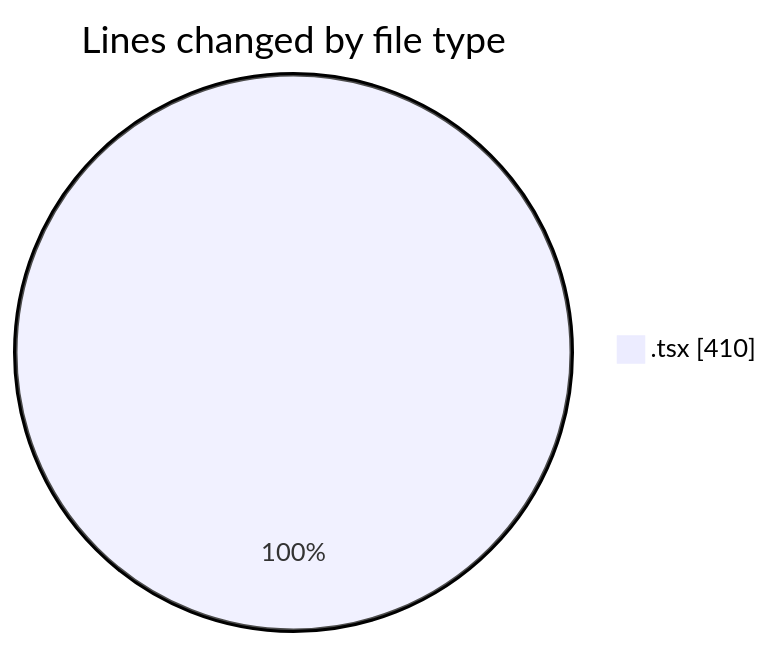
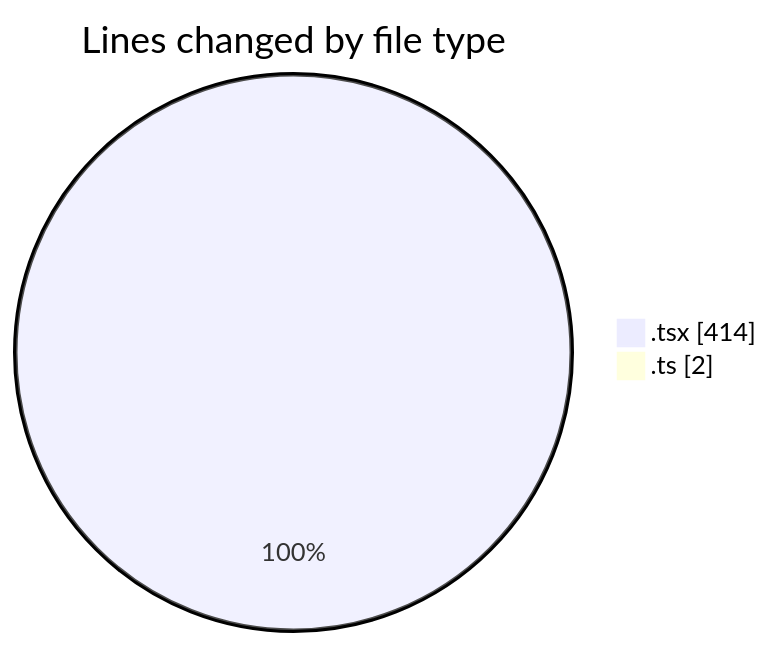
Before and after one commit to EIIisD/code-tracking: the first of 2 diagrams in 2025-08-02/tw-server/README.md, drawn with Mermaid. The commit also changed other lines of this file and 1 other file, not shown here.

````diff
--- a/2025-08-02/tw-server/README.md
+++ b/2025-08-02/tw-server/README.md
@@ -21,5 +22,6 @@
 ```mermaid
 pie showData
 title Lines changed by file type
-".tsx" : 410
+".tsx" : 414
+".ts" : 2
 ```
````
